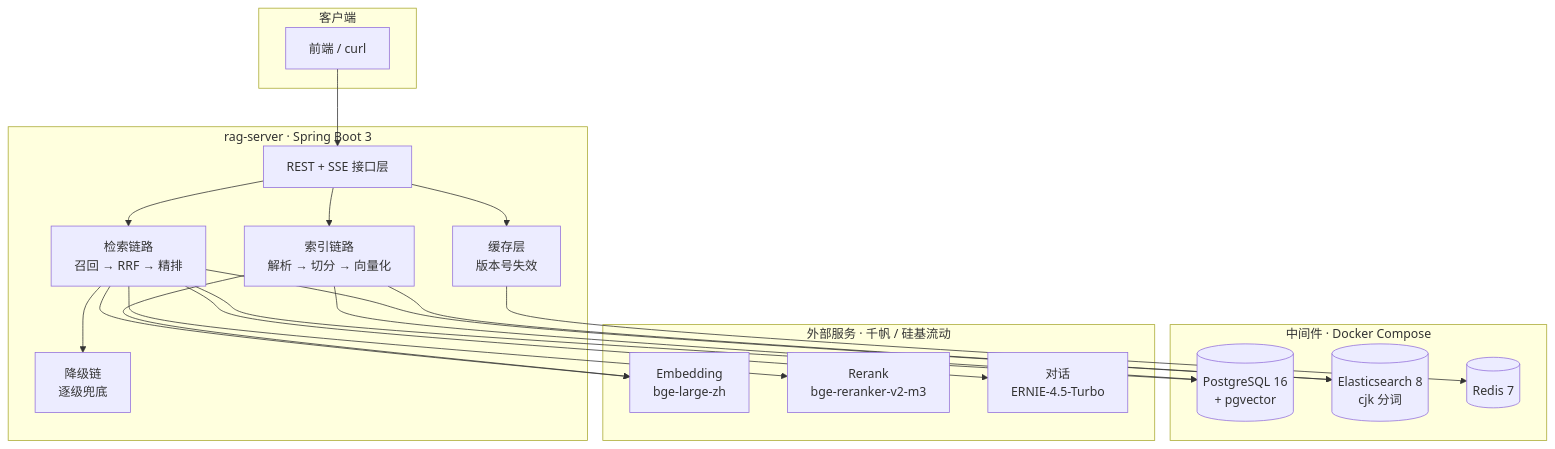
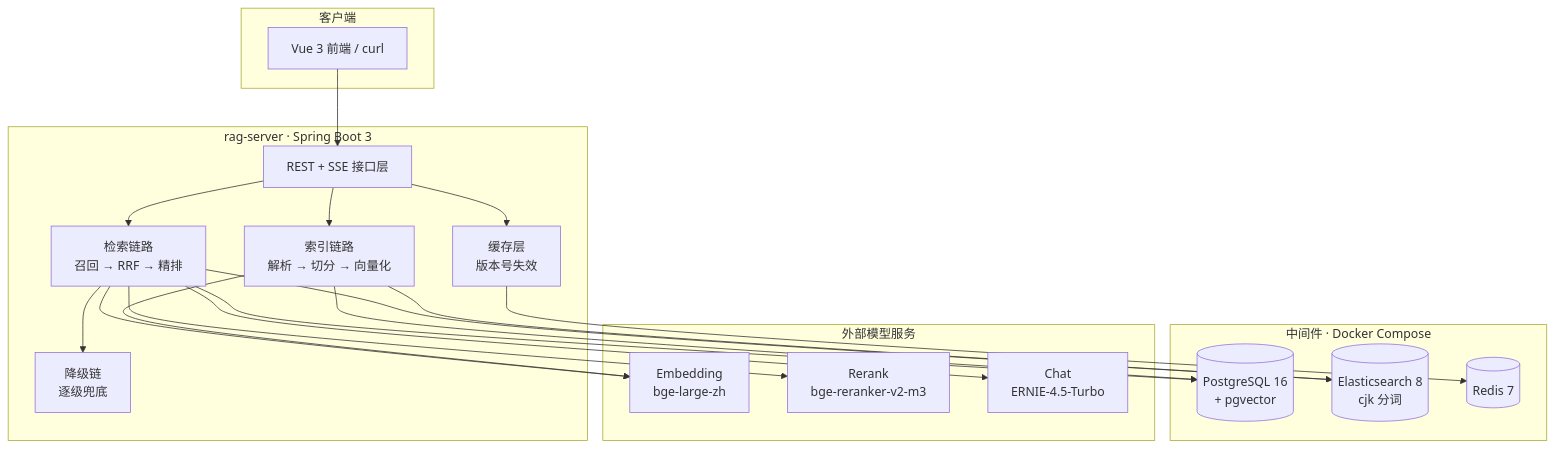
The first of 2 diagrams in README.md (xunqian99/rag-knowledge-base), drawn with Mermaid before and after one commit. The commit also changed other lines of this file and 12 other files, not shown here.

````diff
--- a/README.md
+++ b/README.md
@@ -30,41 +60,41 @@
 ```mermaid
 flowchart TB
     subgraph client["客户端"]
-        UI["前端 / curl"]
+        UI["Vue 3 前端 / curl"]
     end
 
     subgraph app["rag-server · Spring Boot 3"]
         API["REST + SSE 接口层"]
         CACHE["缓存层<br/>版本号失效"]
         PIPE["检索链路<br/>召回 → RRF → 精排"]
         IDX["索引链路<br/>解析 → 切分 → 向量化"]
         DEG["降级链<br/>逐级兜底"]
     end
 
     subgraph infra["中间件 · Docker Compose"]
         PG[("PostgreSQL 16<br/>+ pgvector")]
         ES[("Elasticsearch 8<br/>cjk 分词")]
         RD[("Redis 7")]
     end
 
-    subgraph ext["外部服务 · 千帆 / 硅基流动"]
+    subgraph ext["外部模型服务"]
         EMB["Embedding<br/>bge-large-zh"]
         RER["Rerank<br/>bge-reranker-v2-m3"]
-        LLM["对话<br/>ERNIE-4.5-Turbo"]
+        LLM["Chat<br/>ERNIE-4.5-Turbo"]
     end
 
     UI --> API
     API --> CACHE
     CACHE --> RD
     API --> PIPE
     API --> IDX
     PIPE --> DEG
     PIPE --> PG
     PIPE --> ES
     PIPE --> EMB
     PIPE --> RER
     PIPE --> LLM
     IDX --> PG
     IDX --> ES
     IDX --> EMB
 ```
````
